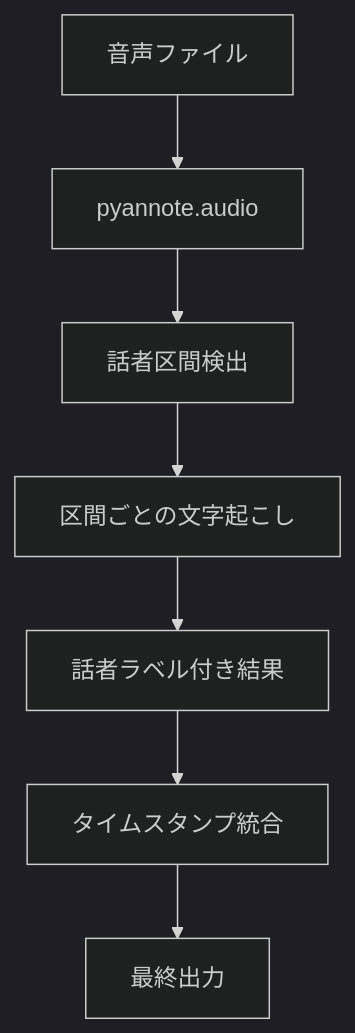
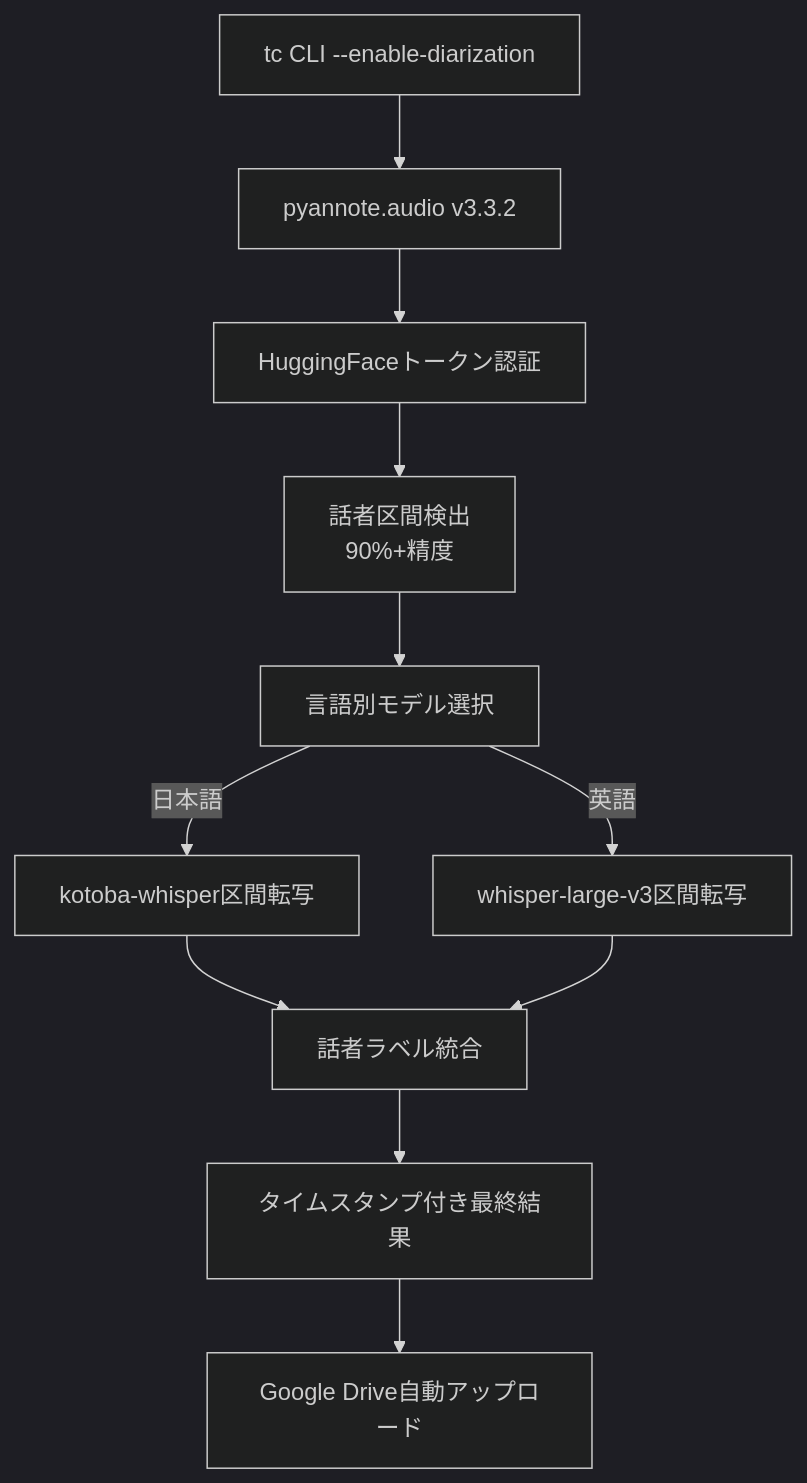
Before and after one commit to abem/tc: the second of 2 diagrams in docs/system/system_overview_2025.md, drawn with Mermaid (dark theme). The commit also changed other lines of this file and 20 other files, not shown here.

````diff
--- a/docs/system/system_overview_2025.md
+++ b/docs/system/system_overview_2025.md
@@ -62,9 +86,13 @@
 ```mermaid
 graph TD
-    A[音声ファイル] --> B[pyannote.audio]
-    B --> C[話者区間検出]
-    C --> D[区間ごとの文字起こし]
-    D --> E[話者ラベル付き結果]
-    E --> F[タイムスタンプ統合]
-    F --> G[最終出力]
+    A[tc CLI --enable-diarization] --> B[pyannote.audio v3.3.2]
+    B --> C[HuggingFaceトークン認証]
+    C --> D[話者区間検出<br/>90%+精度]
+    D --> E[言語別モデル選択]
+    E -->|日本語| F[kotoba-whisper区間転写]
+    E -->|英語| G[whisper-large-v3区間転写]
+    F --> H[話者ラベル統合]
+    G --> H
+    H --> I[タイムスタンプ付き最終結果]
+    I --> J[Google Drive自動アップロード]
 ```
````
